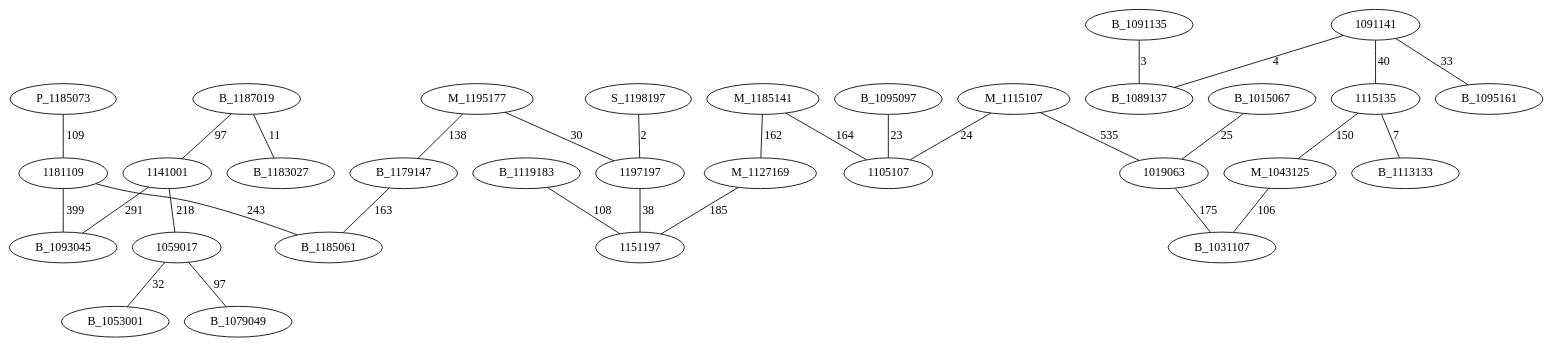
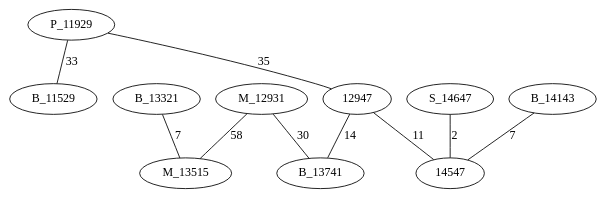
Before and after one commit to AsmNoob/Labyrinthe: the diagram in Graph.dot, drawn with Graphviz. The commit also changed 2 other files, not shown here.

```diff
--- a/Graph.dot
+++ b/Graph.dot
@@ -1,34 +1,13 @@
 graph chemin {
 
-	P_1185073 -- 1181109 [label=109]
-	B_1187019 -- 1141001 [label=97]
-	B_1187019 -- B_1183027 [label=11]
-	M_1195177 -- 1197197 [label=30]
-	M_1195177 -- B_1179147 [label=138]
-	1141001 -- B_1093045 [label=291]
-	1141001 -- 1059017 [label=218]
-	1091141 -- 1115135 [label=40]
-	1091141 -- B_1095161 [label=33]
-	1091141 -- B_1089137 [label=4]
-	B_1095097 -- 1105107 [label=23]
-	1115135 -- M_1043125 [label=150]
-	1115135 -- B_1113133 [label=7]
-	B_1015067 -- 1019063 [label=25]
-	1181109 -- B_1093045 [label=399]
-	1181109 -- B_1185061 [label=243]
-	M_1115107 -- 1019063 [label=535]
-	M_1115107 -- 1105107 [label=24]
-	1059017 -- B_1053001 [label=32]
-	1059017 -- B_1079049 [label=97]
-	B_1179147 -- B_1185061 [label=163]
-	M_1185141 -- 1105107 [label=164]
-	M_1185141 -- M_1127169 [label=162]
-	M_1043125 -- B_1031107 [label=106]
-	M_1127169 -- 1151197 [label=185]
-	S_1198197 -- 1197197 [label=2]
-	B_1091135 -- B_1089137 [label=3]
-	1197197 -- 1151197 [label=38]
-	1019063 -- B_1031107 [label=175]
-	B_1119183 -- 1151197 [label=108]
+	P_11929 -- B_11529 [label=33]
+	P_11929 -- 12947 [label=35]
+	M_12931 -- B_13741 [label=30]
+	M_12931 -- M_13515 [label=58]
+	S_14647 -- 14547 [label=2]
+	12947 -- B_13741 [label=14]
+	12947 -- 14547 [label=11]
+	B_14143 -- 14547 [label=7]
+	B_13321 -- M_13515 [label=7]
 
 }
```
